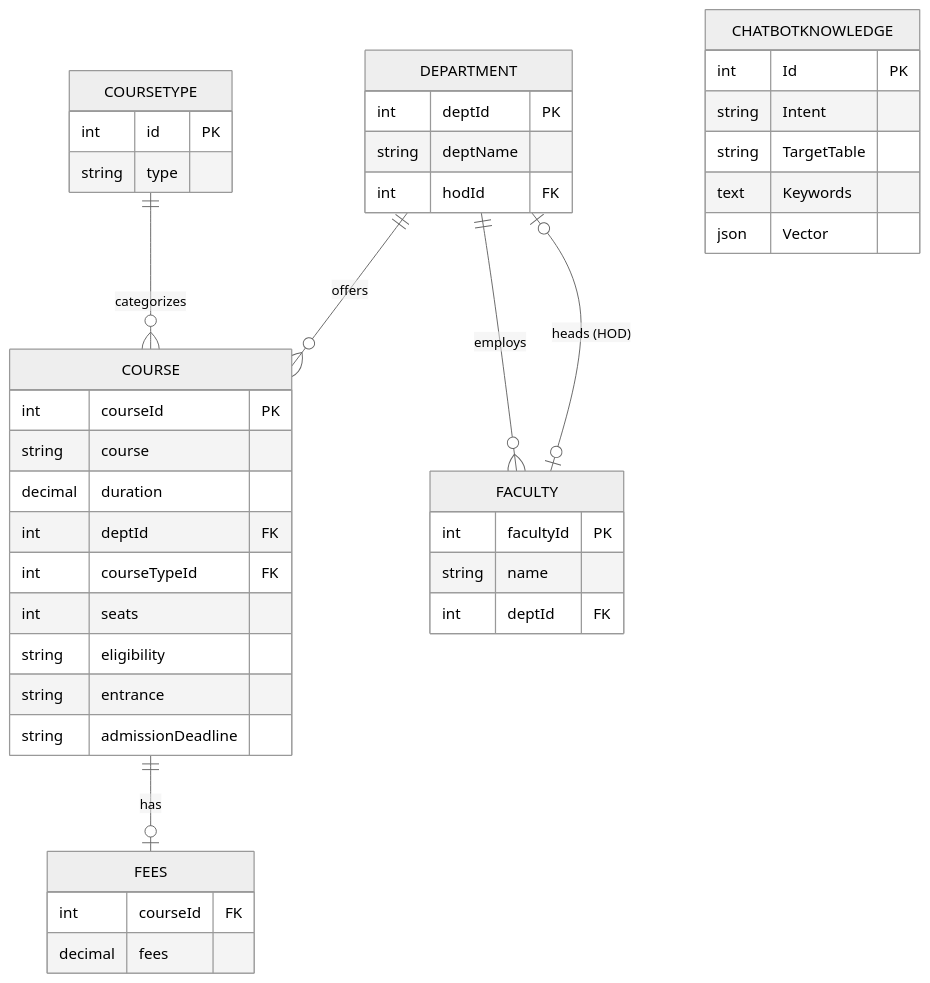
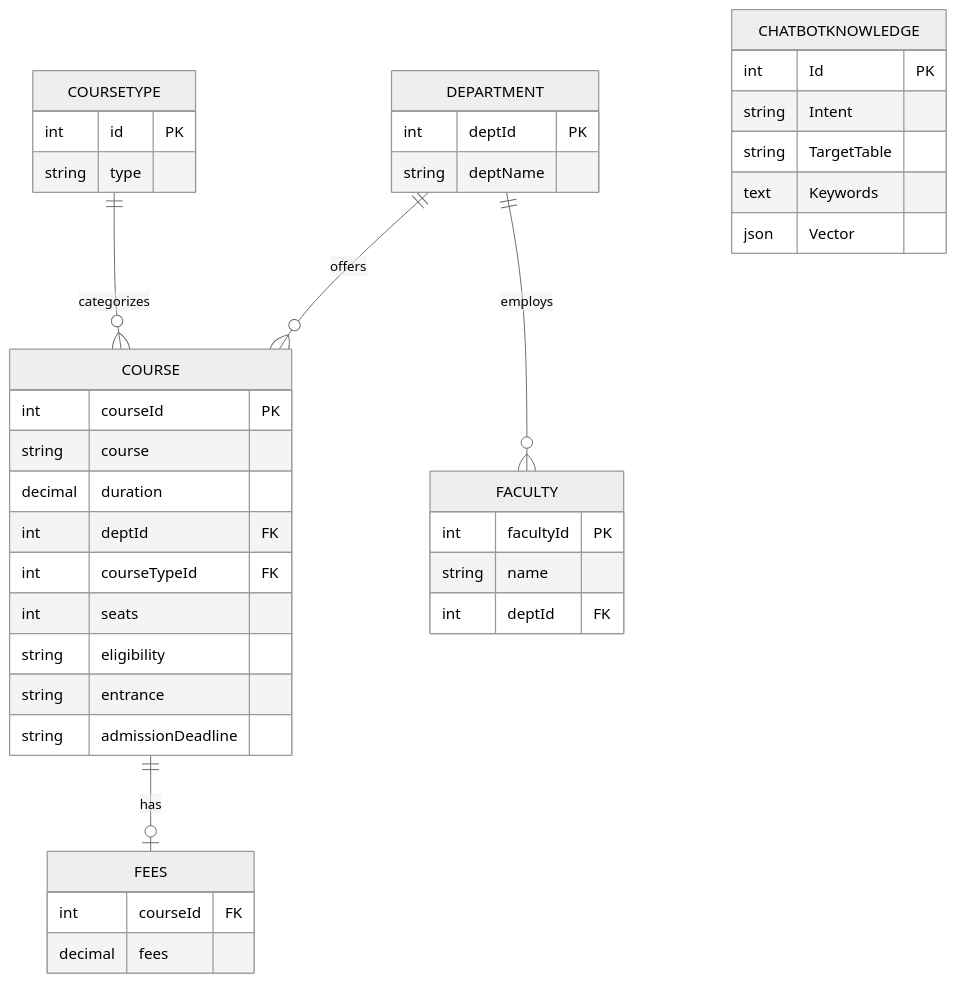
Before and after one commit to kr254na/NPGC-Chatbot: the diagram in README.md, drawn with Mermaid (neutral theme). The commit also changed 1 other file, not shown here.

Commit message:
Updated db structure

````diff
--- a/README.md
+++ b/README.md
@@ -113,50 +113,48 @@
 ```mermaid
 erDiagram
     DEPARTMENT ||--o{ COURSE : "offers"
     DEPARTMENT ||--o{ FACULTY : "employs"
-    FACULTY |o--o| DEPARTMENT : "heads (HOD)"
     COURSETYPE ||--o{ COURSE : "categorizes"
     COURSE ||--o| FEES : "has"
     
     CHATBOTKNOWLEDGE {
         int Id PK
         string Intent
         string TargetTable
         text Keywords
         json Vector
     }
 
     DEPARTMENT {
         int deptId PK
         string deptName
-        int hodId FK
     }
 
     FACULTY {
         int facultyId PK
         string name
         int deptId FK
     }
 
     COURSE {
         int courseId PK
         string course
         decimal duration
         int deptId FK
         int courseTypeId FK
         int seats
         string eligibility
         string entrance
         string admissionDeadline
     }
 
     COURSETYPE {
         int id PK
         string type
     }
 
     FEES {
         int courseId FK
         decimal fees
     }
 ```
````
